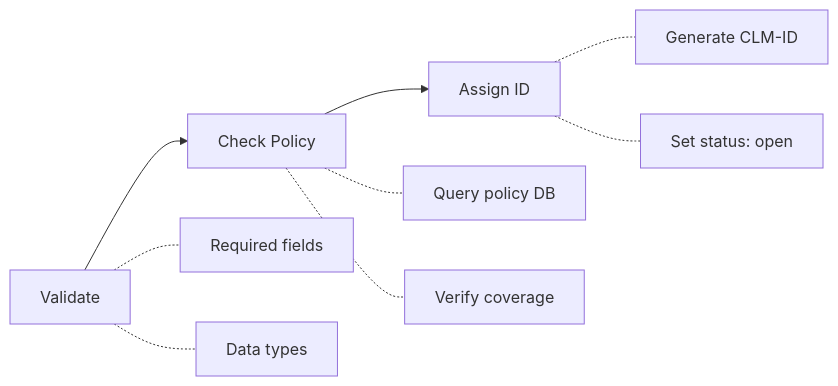
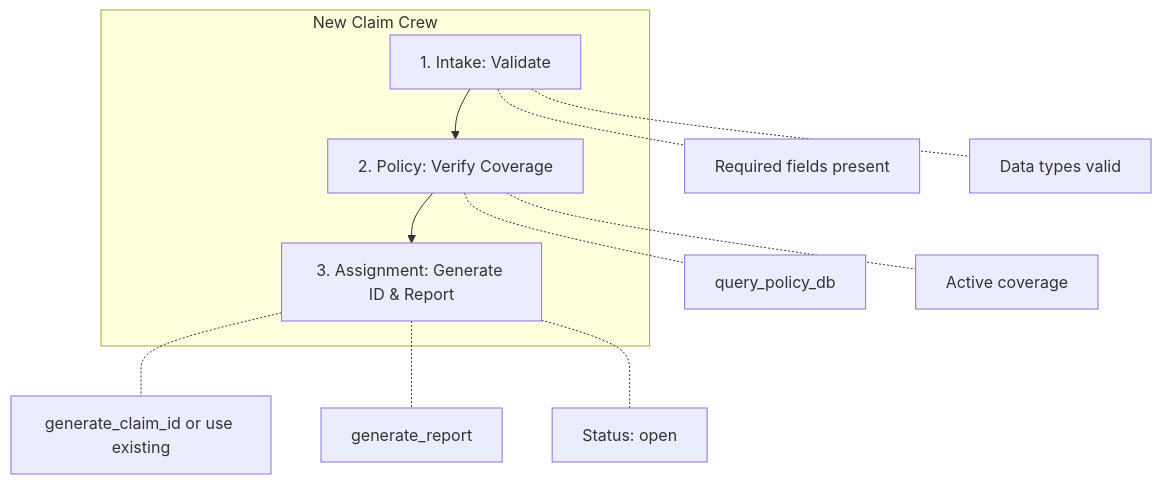
Before and after one commit to csmangum/auto-agent: the second of 6 diagrams in docs/crews.md, drawn with Mermaid. The commit also changed other lines of this file and 4 other files, not shown here.

First line of the commit message:
Formalize New Claim flow (Issue #64)

````diff
--- a/docs/crews.md
+++ b/docs/crews.md
@@ -64,13 +74,17 @@
 ```mermaid
-flowchart LR
-    A[Validate] --> B[Check Policy] --> C[Assign ID]
+flowchart TB
+    subgraph NewClaim["New Claim Crew"]
+        A[1. Intake: Validate] --> B[2. Policy: Verify Coverage]
+        B --> C[3. Assignment: Generate ID & Report]
+    end
     
-    A -.- A1[Required fields]
-    A -.- A2[Data types]
+    A -.- A1[Required fields present]
+    A -.- A2[Data types valid]
     
-    B -.- B1[Query policy DB]
-    B -.- B2[Verify coverage]
+    B -.- B1[query_policy_db]
+    B -.- B2[Active coverage]
     
-    C -.- C1[Generate CLM-ID]
-    C -.- C2[Set status: open]
+    C -.- C1[generate_claim_id or use existing]
+    C -.- C2[generate_report]
+    C -.- C3[Status: open]
 ```
````
